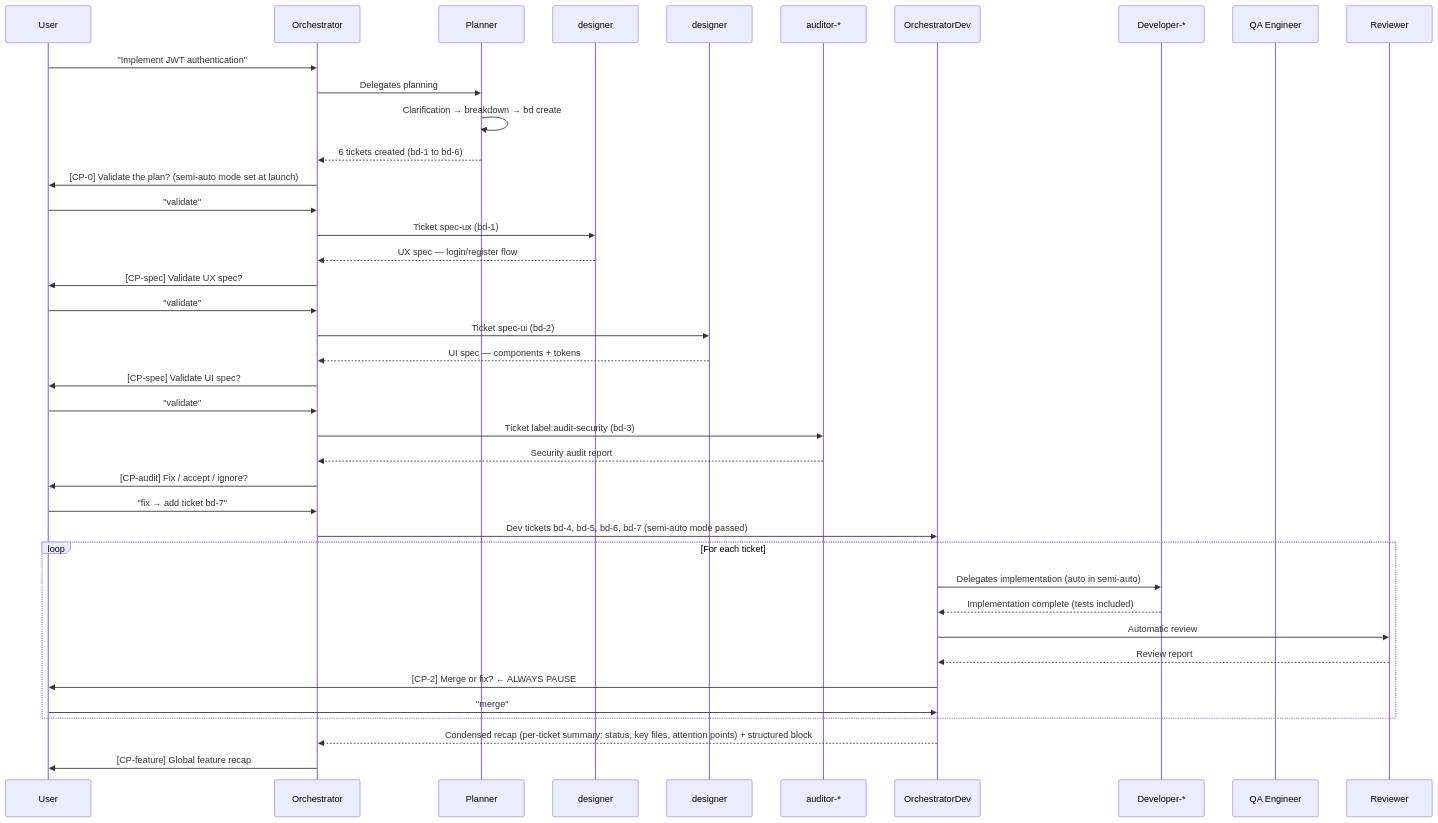
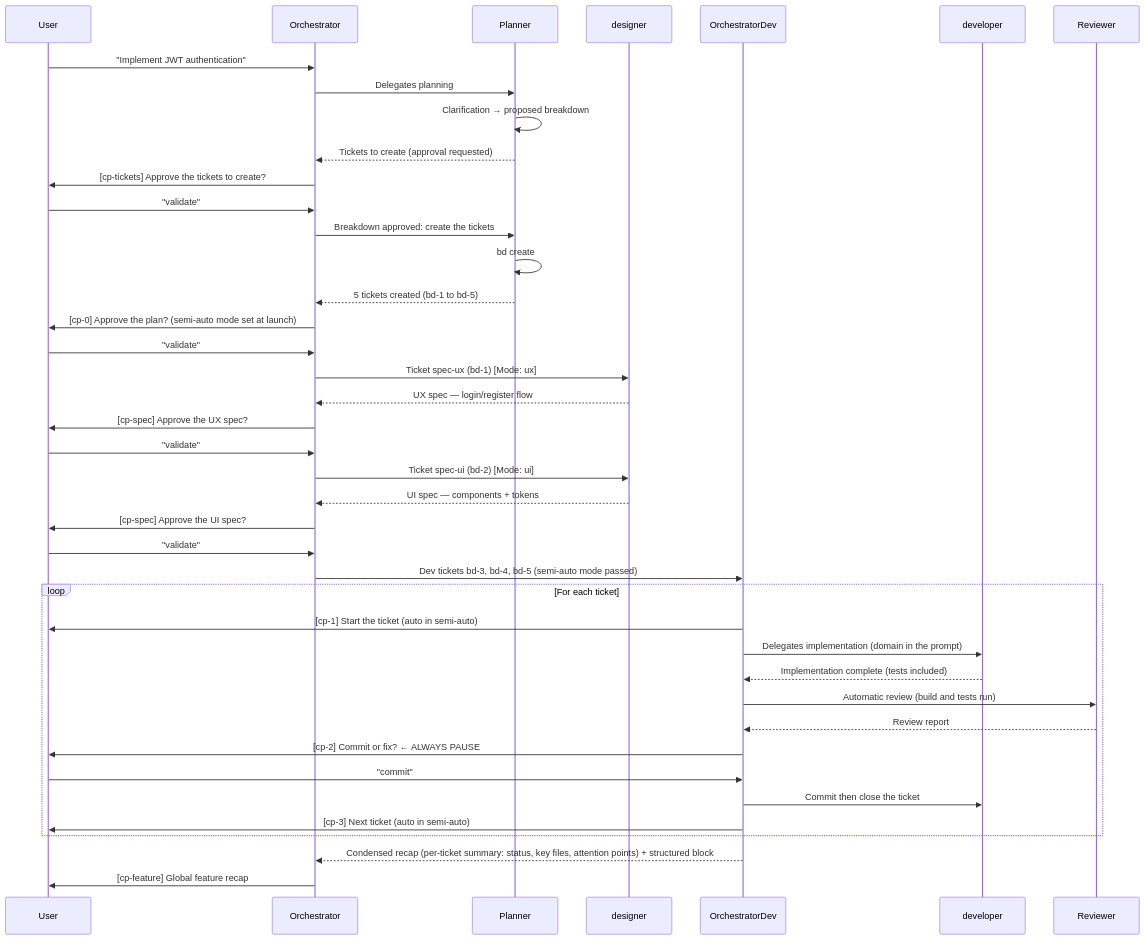
The second of 7 diagrams in docs/guides/workflows.en.md (datichb/openhub), drawn with Mermaid before and after one commit. The commit also changed other lines of this file and 28 other files, not shown here.

````diff
--- a/docs/guides/workflows.en.md
+++ b/docs/guides/workflows.en.md
@@ -111,48 +111,48 @@
 ```mermaid
 sequenceDiagram
     participant U as User
     participant O as Orchestrator
     participant PL as Planner
-    participant UX as designer
-    participant UI as designer
-    participant AU as auditor-*
+    participant D as designer
     participant OD as OrchestratorDev
-    participant DEV as Developer-*
-    participant QA as QA Engineer
+    participant DEV as developer
     participant R as Reviewer
 
     U->>O: "Implement JWT authentication"
     O->>PL: Delegates planning
-    PL->>PL: Clarification → breakdown → bd create
-    PL-->>O: 6 tickets created (bd-1 to bd-6)
-    O->>U: [CP-0] Validate the plan? (semi-auto mode set at launch)
+    PL->>PL: Clarification → proposed breakdown
+    PL-->>O: Tickets to create (approval requested)
+    O->>U: [cp-tickets] Approve the tickets to create?
+    U->>O: "validate"
+    O->>PL: Breakdown approved: create the tickets
+    PL->>PL: bd create
+    PL-->>O: 5 tickets created (bd-1 to bd-5)
+    O->>U: [cp-0] Approve the plan? (semi-auto mode set at launch)
     U->>O: "validate"
 
-    O->>UX: Ticket spec-ux (bd-1)
-    UX-->>O: UX spec — login/register flow
-    O->>U: [CP-spec] Validate UX spec?
+    O->>D: Ticket spec-ux (bd-1) [Mode: ux]
+    D-->>O: UX spec — login/register flow
+    O->>U: [cp-spec] Approve the UX spec?
     U->>O: "validate"
 
-    O->>UI: Ticket spec-ui (bd-2)
-    UI-->>O: UI spec — components + tokens
-    O->>U: [CP-spec] Validate UI spec?
+    O->>D: Ticket spec-ui (bd-2) [Mode: ui]
+    D-->>O: UI spec — components + tokens
+    O->>U: [cp-spec] Approve the UI spec?
     U->>O: "validate"
 
-    O->>AU: Ticket label:audit-security (bd-3)
-    AU-->>O: Security audit report
-    O->>U: [CP-audit] Fix / accept / ignore?
-    U->>O: "fix → add ticket bd-7"
-
-    O->>OD: Dev tickets bd-4, bd-5, bd-6, bd-7 (semi-auto mode passed)
+    O->>OD: Dev tickets bd-3, bd-4, bd-5 (semi-auto mode passed)
     loop For each ticket
-        OD->>DEV: Delegates implementation (auto in semi-auto)
+        OD->>U: [cp-1] Start the ticket (auto in semi-auto)
+        OD->>DEV: Delegates implementation (domain in the prompt)
         DEV-->>OD: Implementation complete (tests included)
-        OD->>R: Automatic review
+        OD->>R: Automatic review (build and tests run)
         R-->>OD: Review report
-        OD->>U: [CP-2] Merge or fix? ← ALWAYS PAUSE
-        U->>OD: "merge"
+        OD->>U: [cp-2] Commit or fix? ← ALWAYS PAUSE
+        U->>OD: "commit"
+        OD->>DEV: Commit then close the ticket
+        OD->>U: [cp-3] Next ticket (auto in semi-auto)
     end
     OD-->>O: Condensed recap (per-ticket summary: status, key files, attention points) + structured block
 
-    O->>U: [CP-feature] Global feature recap
+    O->>U: [cp-feature] Global feature recap
 ```
````
